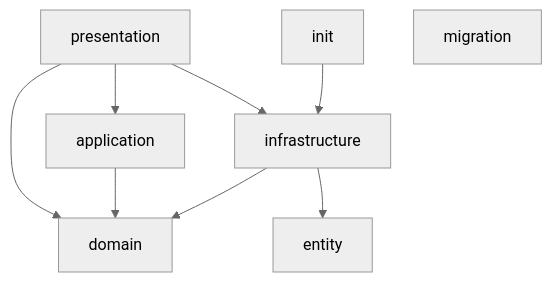
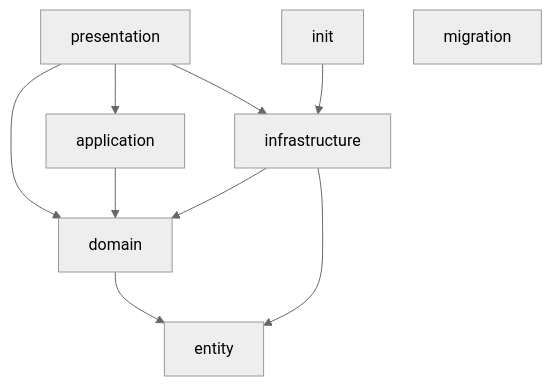
One commit to Myxogastria0808/dashi-server changed the first of 4 diagrams in README.md. Above: the diagram before and after it, drawn with Mermaid (neutral theme). The commit also changed 32 other files, not shown here.

````diff
--- a/README.md
+++ b/README.md
@@ -27,11 +27,12 @@
 ```mermaid
 flowchart TD
     presentation --> application
     presentation --> domain
     presentation --> infrastructure
     application --> domain
+    domain --> entity
     infrastructure --> domain
+    infrastructure --> entity
     init --> infrastructure
-    infrastructure --> entity
     migration
 ```
````
